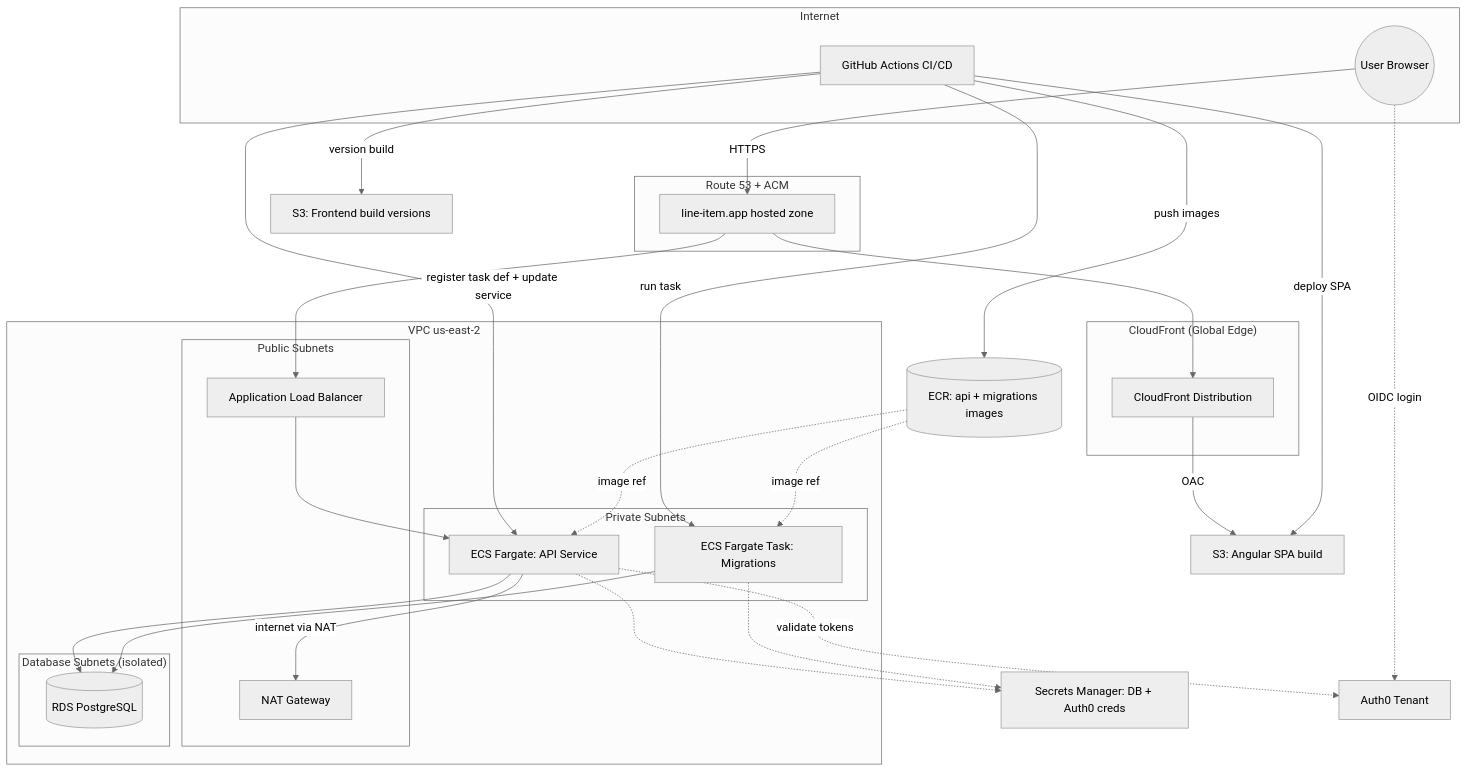
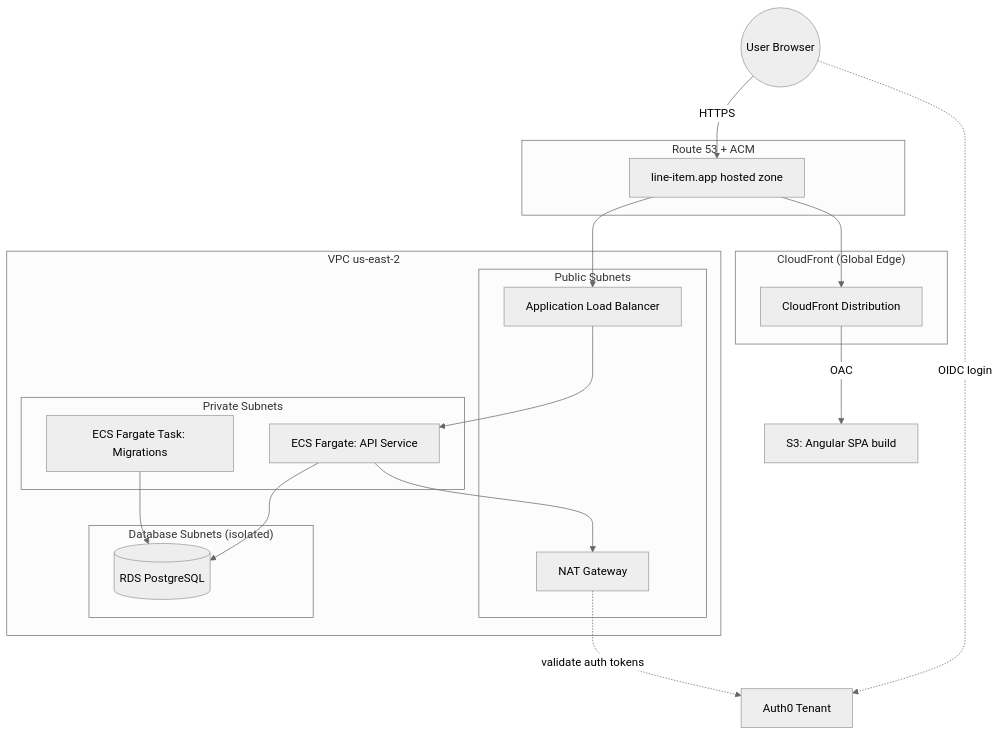
Before and after one commit to jpgaukler/line-item-infrastructure: the diagram in README.md, drawn with Mermaid (neutral theme).

Commit message:
Updated diagram.

````diff
--- a/README.md
+++ b/README.md
@@ -17,57 +17,41 @@
 ```mermaid
 flowchart TB
-    subgraph Internet
-        User((User Browser))
-        GHA[GitHub Actions CI/CD]
-    end
+    User((User Browser))
 
     subgraph "Route 53 + ACM"
         DNS[line-item.app hosted zone]
     end
 
     subgraph "CloudFront (Global Edge)"
         CF[CloudFront Distribution]
     end
 
     subgraph "VPC us-east-2"
         subgraph "Public Subnets"
             ALB[Application Load Balancer]
             NAT[NAT Gateway]
         end
         subgraph "Private Subnets"
             ECS[ECS Fargate: API Service]
             MIG[ECS Fargate Task: Migrations]
         end
         subgraph "Database Subnets (isolated)"
             RDS[(RDS PostgreSQL)]
         end
     end
 
     S3SPA[S3: Angular SPA build]
-    S3VER[S3: Frontend build versions]
-    ECR[(ECR: api + migrations images)]
-    SM[Secrets Manager: DB + Auth0 creds]
     AUTH0[Auth0 Tenant]
 
     User -->|HTTPS| DNS
     DNS --> CF
     DNS --> ALB
     CF -->|OAC| S3SPA
     User -.->|OIDC login| AUTH0
 
     ALB --> ECS
     ECS --> RDS
     MIG --> RDS
-    ECS -.-> SM
-    MIG -.-> SM
-    ECS -->|internet via NAT| NAT
-    ECS -.->|validate tokens| AUTH0
-
-    GHA -->|push images| ECR
-    GHA -->|deploy SPA| S3SPA
-    GHA -->|version build| S3VER
-    GHA -->|register task def + update service| ECS
-    GHA -->|run task| MIG
-    ECR -.->|image ref| ECS
-    ECR -.->|image ref| MIG
+    ECS --> NAT
+    NAT -.->|validate auth tokens| AUTH0
 ```
````
